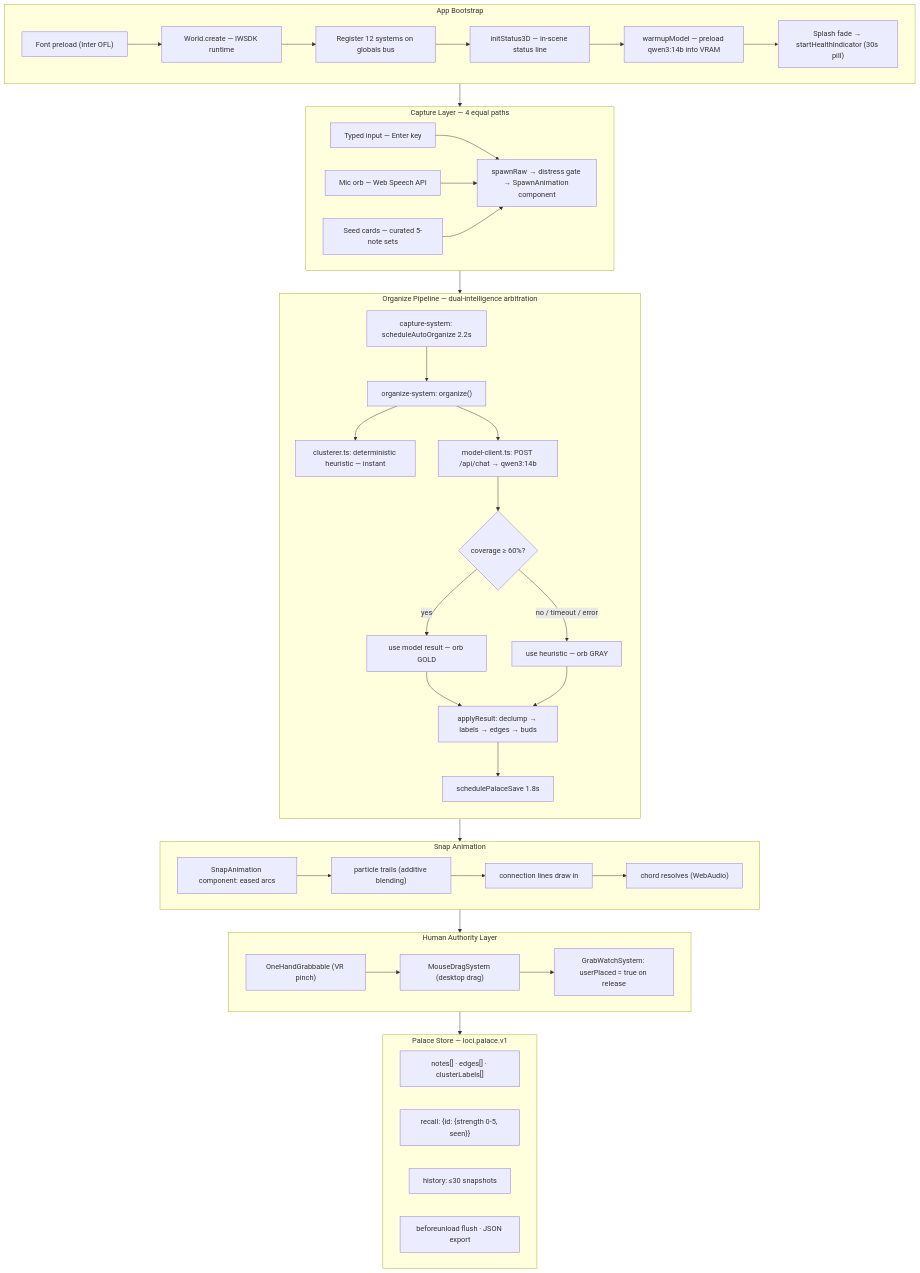
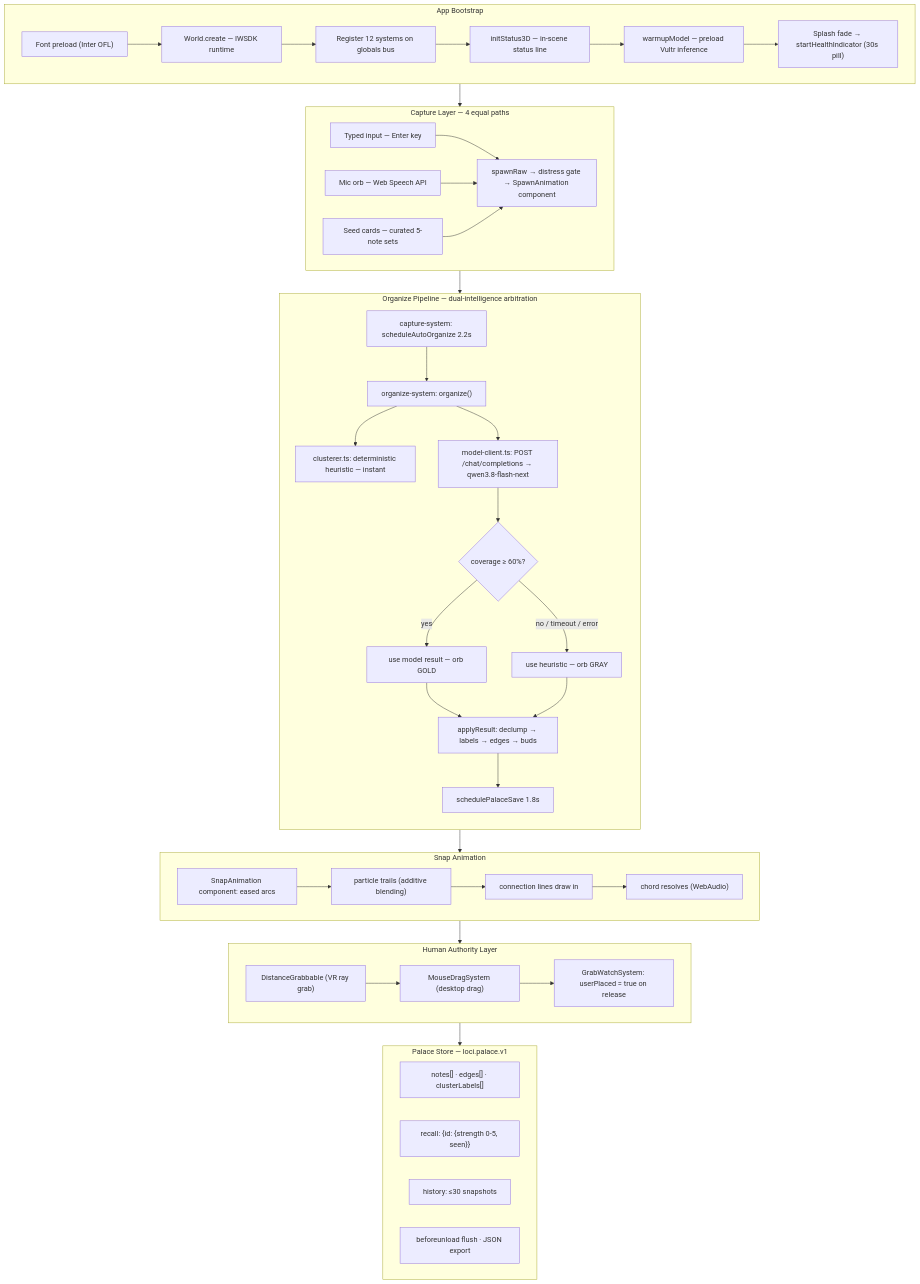
One commit to 0xv3nm09/loci-memory-bank changed the first of 10 diagrams in COMPETITION_STRATEGY.md. Above: the diagram before and after it, drawn with Mermaid. The commit also changed other lines of this file and 11 other files, not shown here.

````diff
--- a/COMPETITION_STRATEGY.md
+++ b/COMPETITION_STRATEGY.md
@@ -49,55 +49,55 @@
 ```mermaid
 flowchart TB
   subgraph BOOT["App Bootstrap"]
     B1["Font preload (Inter OFL)"] --> B2["World.create — IWSDK runtime"]
     B2 --> B3["Register 12 systems on globals bus"]
     B3 --> B4["initStatus3D — in-scene status line"]
-    B4 --> B5["warmupModel — preload qwen3:14b into VRAM"]
+    B4 --> B5["warmupModel — preload Vultr inference"]
     B5 --> B6["Splash fade → startHealthIndicator (30s pill)"]
   end
 
   subgraph CAPTURE["Capture Layer — 4 equal paths"]
     direction LR
     C1["Typed input — Enter key"] --> C4
     C2["Mic orb — Web Speech API"] --> C4
     C3["Seed cards — curated 5-note sets"] --> C4
     C4["spawnRaw → distress gate → SpawnAnimation component"]
   end
 
   subgraph ORGANIZE["Organize Pipeline — dual-intelligence arbitration"]
     direction TB
     D1["capture-system: scheduleAutoOrganize 2.2s"] --> D2["organize-system: organize()"]
     D2 --> D3["clusterer.ts: deterministic heuristic — instant"]
-    D2 --> D4["model-client.ts: POST /api/chat → qwen3:14b"]
+    D2 --> D4["model-client.ts: POST /chat/completions → qwen3.8-flash-next"]
     D4 --> D5{"coverage ≥ 60%?"}
     D5 -- "yes" --> D6["use model result — orb GOLD"]
     D5 -- "no / timeout / error" --> D7["use heuristic — orb GRAY"]
     D6 --> D8["applyResult: declump → labels → edges → buds"]
     D7 --> D8
     D8 --> D9["schedulePalaceSave 1.8s"]
   end
 
   subgraph SNAP["Snap Animation"]
     S1["SnapAnimation component: eased arcs"] --> S2["particle trails (additive blending)"]
     S2 --> S3["connection lines draw in"]
     S3 --> S4["chord resolves (WebAudio)"]
   end
 
   subgraph ARRANGE["Human Authority Layer"]
-    A1["OneHandGrabbable (VR pinch)"] --> A2["MouseDragSystem (desktop drag)"]
+    A1["DistanceGrabbable (VR ray grab)"] --> A2["MouseDragSystem (desktop drag)"]
     A2 --> A3["GrabWatchSystem: userPlaced = true on release"]
   end
 
   subgraph PERSIST["Palace Store — loci.palace.v1"]
     P1["notes[] · edges[] · clusterLabels[]"]
     P2["recall: {id: {strength 0-5, seen}}"]
     P3["history: ≤30 snapshots"]
     P4["beforeunload flush · JSON export"]
   end
 
   BOOT --> CAPTURE
   CAPTURE --> ORGANIZE
   ORGANIZE --> SNAP
   SNAP --> ARRANGE
   ARRANGE --> PERSIST
 ```
````
